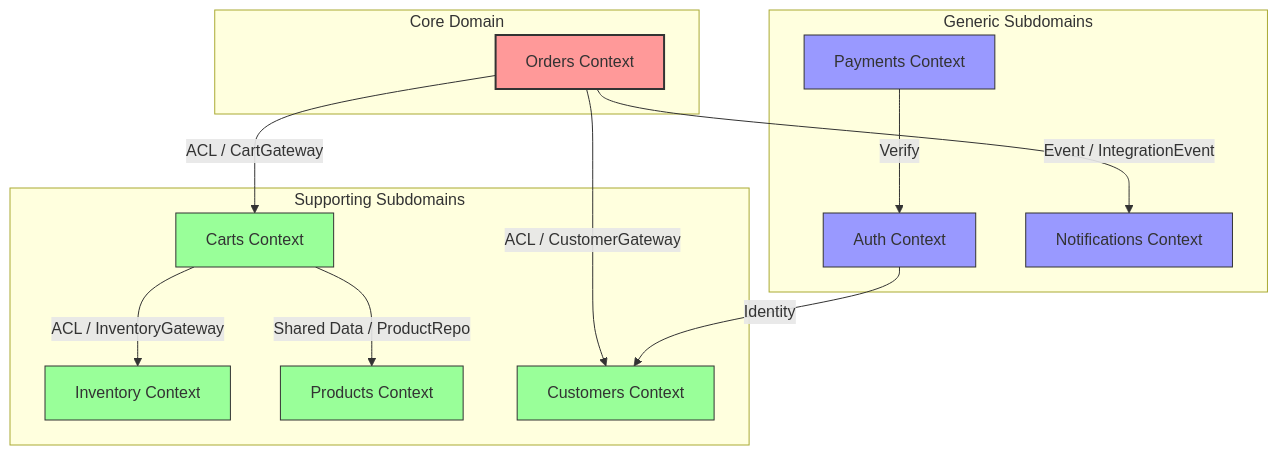
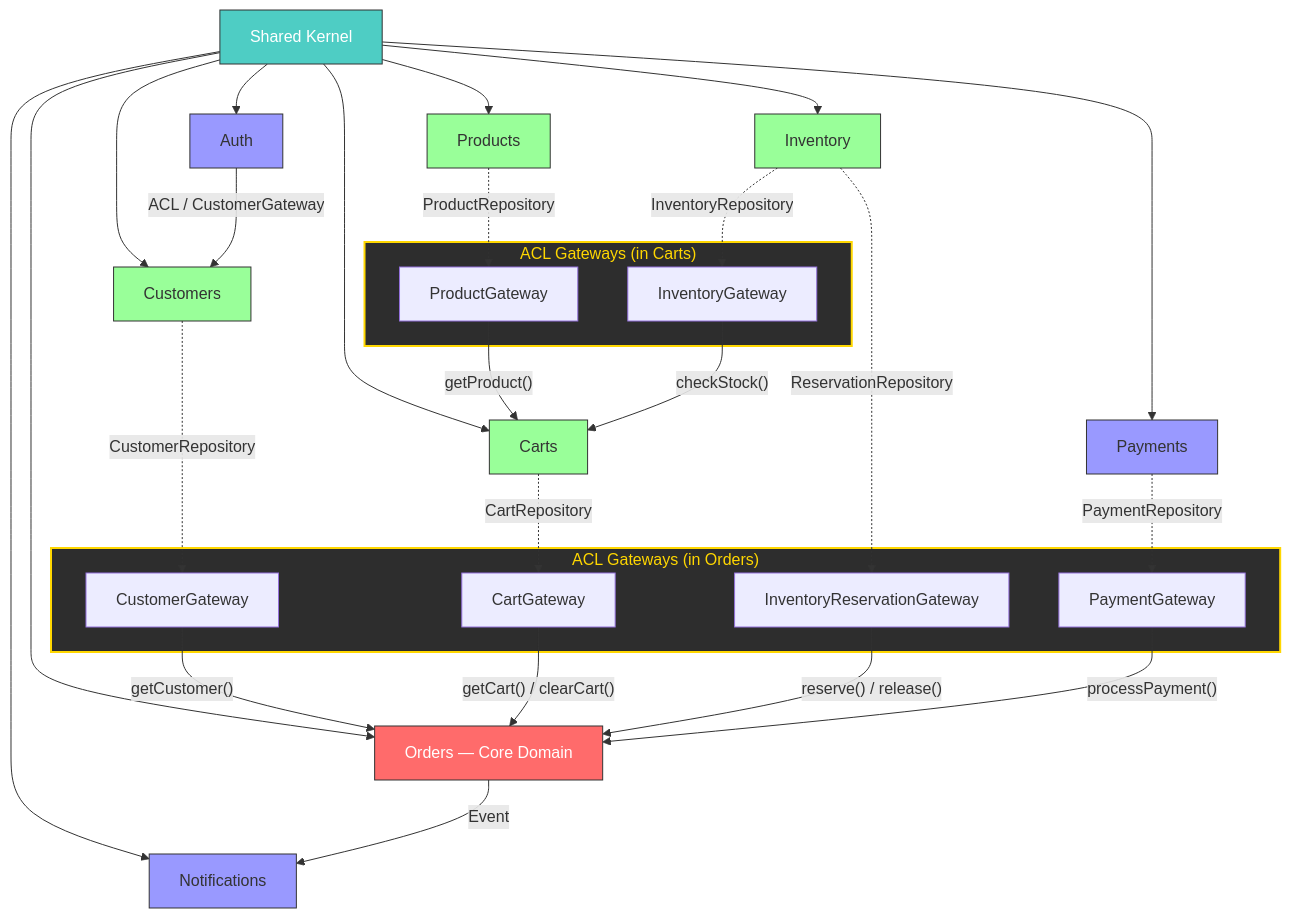
The first of 11 diagrams in ARCHITECTURE.md (raouf-b-dev/ecommerce-store-api), drawn with Mermaid before and after one commit. The commit also changed other lines of this file and 4 other files, not shown here.

First line of the commit message:
ES-105: chore: release v0.2.0 — docs update, ROADMAP, context map fix

````diff
--- a/ARCHITECTURE.md
+++ b/ARCHITECTURE.md
@@ -40,38 +40,53 @@
 ```mermaid
 graph TD
-    subgraph "Core Domain"
-        Orders[Orders Context]
+    SK[Shared Kernel] --> Orders[Orders — Core Domain]
+    SK --> Carts[Carts]
+    SK --> Inventory[Inventory]
+    SK --> Products[Products]
+    SK --> Customers[Customers]
+    SK --> Payments[Payments]
+    SK --> Auth[Auth]
+    SK --> Notifications[Notifications]
+
+    subgraph ACL_Orders["ACL Gateways (in Orders)"]
+        CustGW["CustomerGateway"]
+        CartGW["CartGateway"]
+        InvGW["InventoryReservationGateway"]
+        PayGW["PaymentGateway"]
     end
 
-    subgraph "Supporting Subdomains"
-        Inventory[Inventory Context]
-        Products[Products Context]
-        Carts[Carts Context]
-        Customers[Customers Context]
+    Customers -.->|"CustomerRepository"| CustGW
+    Carts -.->|"CartRepository"| CartGW
+    Inventory -.->|"ReservationRepository"| InvGW
+    Payments -.->|"PaymentRepository"| PayGW
+
+    CustGW -->|"getCustomer()"| Orders
+    CartGW -->|"getCart() / clearCart()"| Orders
+    InvGW -->|"reserve() / release()"| Orders
+    PayGW -->|"processPayment()"| Orders
+
+    subgraph ACL_Carts["ACL Gateways (in Carts)"]
+        ProdGW["ProductGateway"]
+        InvGW2["InventoryGateway"]
     end
 
-    subgraph "Generic Subdomains"
-        Payments[Payments Context]
-        Auth[Auth Context]
-        Notifications[Notifications Context]
-    end
+    Products -.->|"ProductRepository"| ProdGW
+    Inventory -.->|"InventoryRepository"| InvGW2
 
-    %% Relationships
-    Orders -->|ACL / CustomerGateway| Customers
-    Orders -->|ACL / CartGateway| Carts
-    Orders -->|Event / IntegrationEvent| Notifications
+    ProdGW -->|"getProduct()"| Carts
+    InvGW2 -->|"checkStock()"| Carts
 
-    Carts -->|ACL / InventoryGateway| Inventory
-    Carts -->|Shared Data / ProductRepo| Products
+    Auth -->|"ACL / CustomerGateway"| Customers
+    Orders -->|"Event"| Notifications
 
-    Auth -->|Identity| Customers
-    Payments -->|Verify| Auth
+    style Orders fill:#ff6b6b,stroke:#333,color:#fff
+    style SK fill:#4ecdc4,stroke:#333,color:#fff
+    style ACL_Orders fill:#2d2d2d,stroke:#ffd700,color:#ffd700,stroke-width:2px
+    style ACL_Carts fill:#2d2d2d,stroke:#ffd700,color:#ffd700,stroke-width:2px
 
-    classDef core fill:#ff9999,stroke:#333,stroke-width:2px;
     classDef support fill:#99ff99,stroke:#333,stroke-width:1px;
     classDef generic fill:#9999ff,stroke:#333,stroke-width:1px;
 
-    class Orders core;
     class Inventory,Products,Carts,Customers support;
     class Payments,Auth,Notifications generic;
 ```
````
